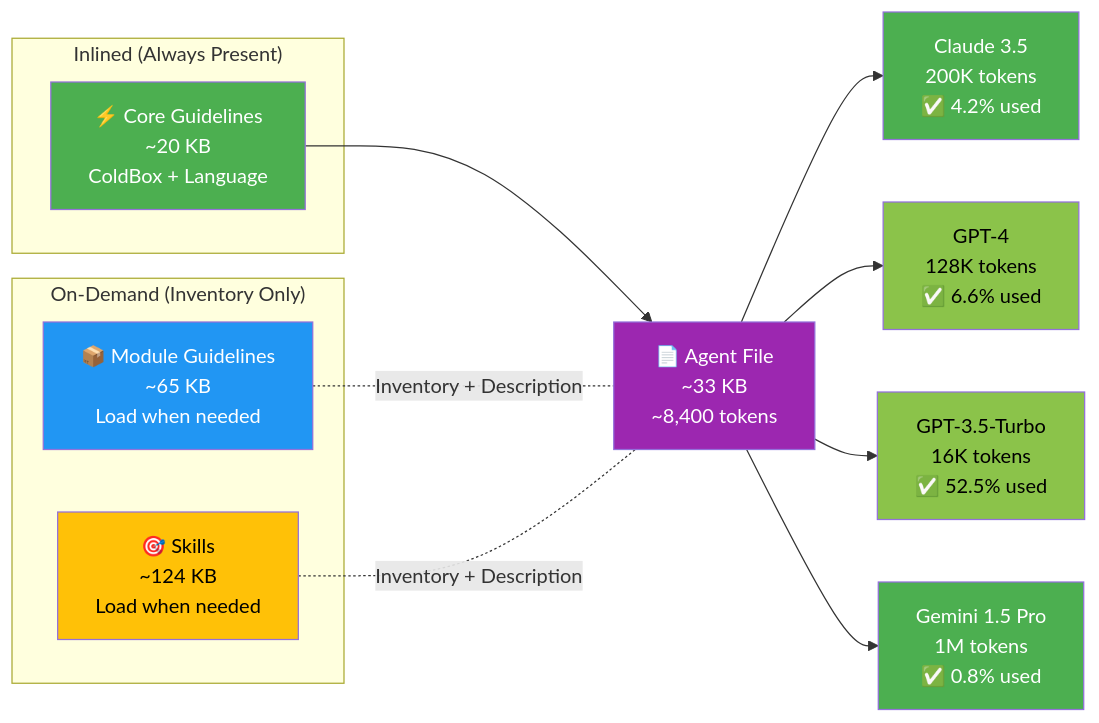
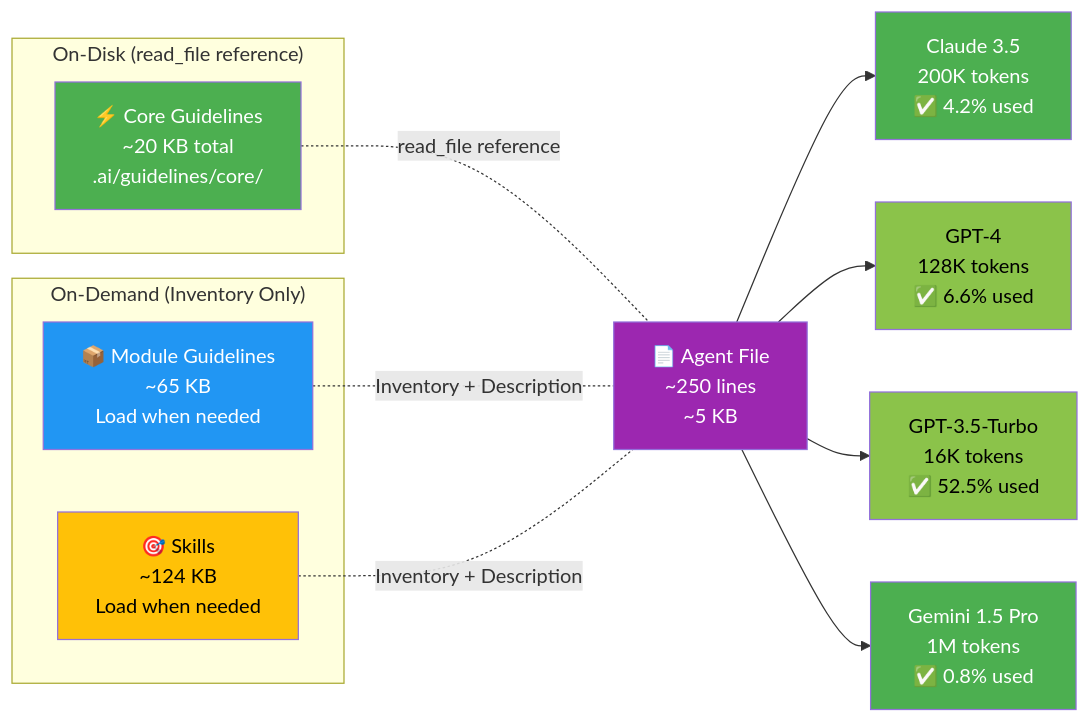
The fifth of 8 diagrams in digging-deeper/ai/agentic-coldbox.md (ortus-docs/coldbox-docs), drawn with Mermaid before and after one commit. The commit also changed other lines of this file and 1 other file, not shown here.

````diff
--- a/digging-deeper/ai/agentic-coldbox.md
+++ b/digging-deeper/ai/agentic-coldbox.md
@@ -338,31 +344,31 @@
 ```mermaid
 flowchart LR
-    subgraph "Inlined (Always Present)"
-        Core["⚡ Core Guidelines<br/>~20 KB<br/>ColdBox + Language"]
+    subgraph "On-Disk (read_file reference)"
+        Core["⚡ Core Guidelines\n~20 KB total\n.ai/guidelines/core/"]
     end
 
     subgraph "On-Demand (Inventory Only)"
-        ModuleG["📦 Module Guidelines<br/>~65 KB<br/>Load when needed"]
-        Skills["🎯 Skills<br/>~124 KB<br/>Load when needed"]
+        ModuleG["📦 Module Guidelines\n~65 KB\nLoad when needed"]
+        Skills["🎯 Skills\n~124 KB\nLoad when needed"]
     end
 
-    AgentFile["📄 Agent File<br/>~33 KB<br/>~8,400 tokens"]
+    AgentFile["📄 Agent File\n~250 lines\n~5 KB"]
 
-    Core --> AgentFile
+    Core -.-|"read_file reference"| AgentFile
     ModuleG -.-|"Inventory + Description"| AgentFile
     Skills -.-|"Inventory + Description"| AgentFile
 
     AgentFile --> Claude["Claude 3.5<br/>200K tokens<br/>✅ 4.2% used"]
     AgentFile --> GPT4["GPT-4<br/>128K tokens<br/>✅ 6.6% used"]
     AgentFile --> GPT35["GPT-3.5-Turbo<br/>16K tokens<br/>✅ 52.5% used"]
     AgentFile --> Gemini["Gemini 1.5 Pro<br/>1M tokens<br/>✅ 0.8% used"]
 
     style Core fill:#4caf50,color:#fff
     style ModuleG fill:#2196f3,color:#fff
     style Skills fill:#ffc107,color:#000
     style AgentFile fill:#9c27b0,color:#fff
     style Claude fill:#4caf50,color:#fff
     style GPT4 fill:#8bc34a,color:#000
     style GPT35 fill:#8bc34a,color:#000
     style Gemini fill:#4caf50,color:#fff
 ```
````
